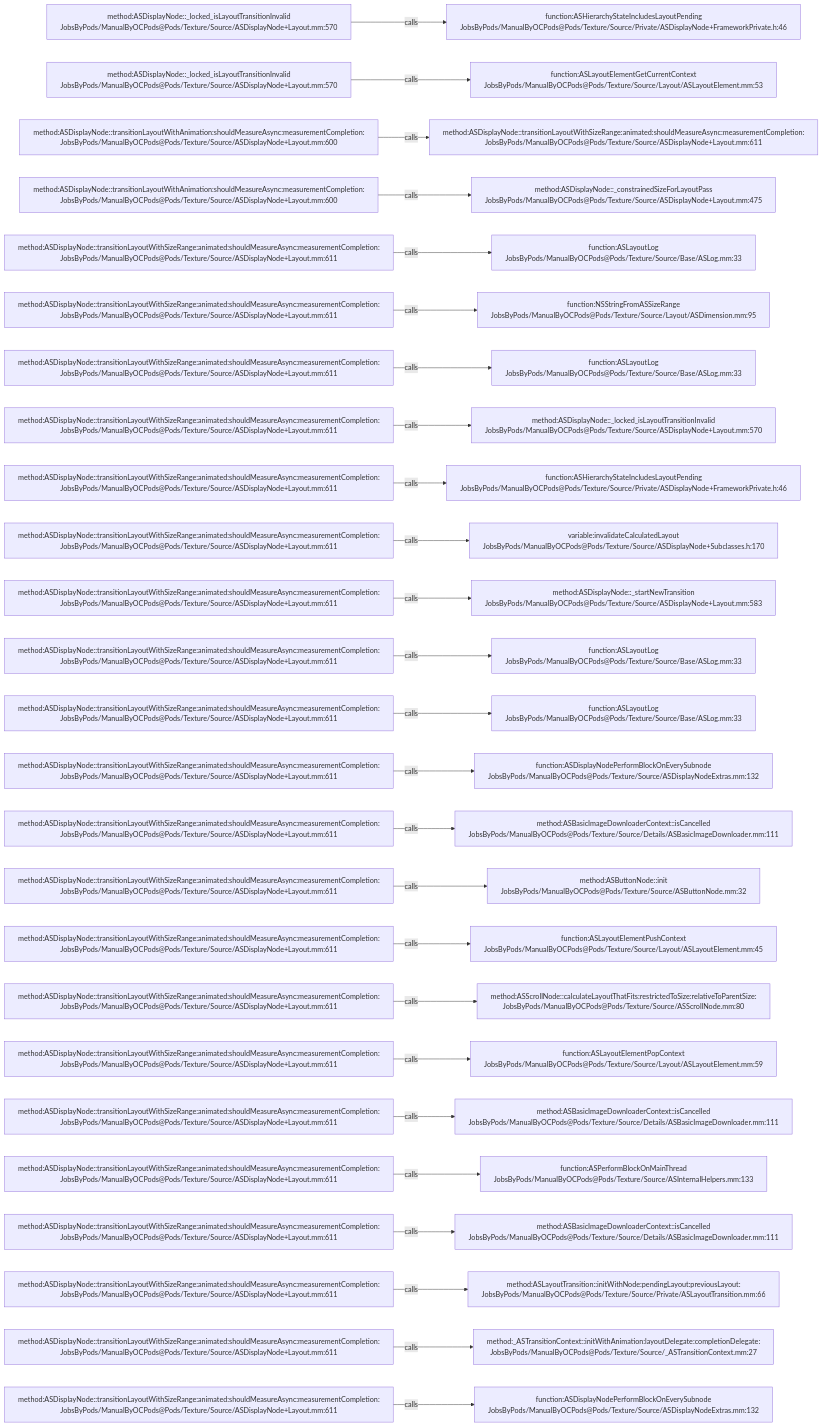
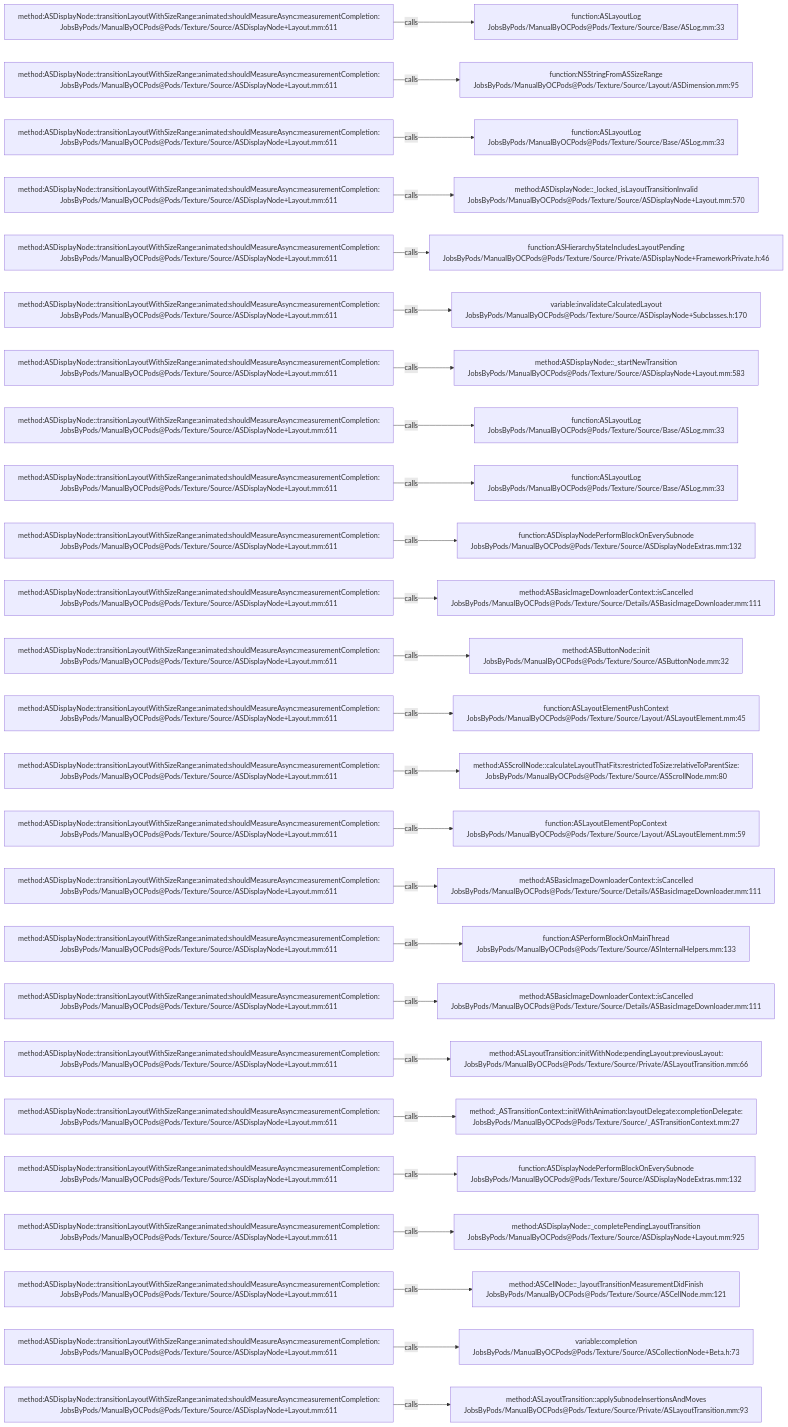
The diagram in .codegraph/codegraph.md/graphs/calls-090.md (JobsKits/JobsOCBaseConfigDemo), drawn with Mermaid before and after one commit. The commit also changed 727 other files, not shown here.

````diff
--- a/.codegraph/codegraph.md/graphs/calls-090.md
+++ b/.codegraph/codegraph.md/graphs/calls-090.md
@@ -13,78 +13,78 @@
 ```mermaid
 flowchart LR
-  S1["method:ASDisplayNode::_locked_isLayoutTransitionInvalid<br/>JobsByPods/ManualByOCPods@Pods/Texture/Source/ASDisplayNode+Layout.mm:570"]
-  T1["function:ASHierarchyStateIncludesLayoutPending<br/>JobsByPods/ManualByOCPods@Pods/Texture/Source/Private/ASDisplayNode+FrameworkPrivate.h:46"]
+  S1["method:ASDisplayNode::transitionLayoutWithSizeRange:animated:shouldMeasureAsync:measurementCompletion:<br/>JobsByPods/ManualByOCPods@Pods/Texture/Source/ASDisplayNode+Layout.mm:611"]
+  T1["function:ASLayoutLog<br/>JobsByPods/ManualByOCPods@Pods/Texture/Source/Base/ASLog.mm:33"]
   S1 -->|calls| T1
-  S2["method:ASDisplayNode::_locked_isLayoutTransitionInvalid<br/>JobsByPods/ManualByOCPods@Pods/Texture/Source/ASDisplayNode+Layout.mm:570"]
-  T2["function:ASLayoutElementGetCurrentContext<br/>JobsByPods/ManualByOCPods@Pods/Texture/Source/Layout/ASLayoutElement.mm:53"]
+  S2["method:ASDisplayNode::transitionLayoutWithSizeRange:animated:shouldMeasureAsync:measurementCompletion:<br/>JobsByPods/ManualByOCPods@Pods/Texture/Source/ASDisplayNode+Layout.mm:611"]
+  T2["function:NSStringFromASSizeRange<br/>JobsByPods/ManualByOCPods@Pods/Texture/Source/Layout/ASDimension.mm:95"]
   S2 -->|calls| T2
-  S3["method:ASDisplayNode::transitionLayoutWithAnimation:shouldMeasureAsync:measurementCompletion:<br/>JobsByPods/ManualByOCPods@Pods/Texture/Source/ASDisplayNode+Layout.mm:600"]
-  T3["method:ASDisplayNode::transitionLayoutWithSizeRange:animated:shouldMeasureAsync:measurementCompletion:<br/>JobsByPods/ManualByOCPods@Pods/Texture/Source/ASDisplayNode+Layout.mm:611"]
+  S3["method:ASDisplayNode::transitionLayoutWithSizeRange:animated:shouldMeasureAsync:measurementCompletion:<br/>JobsByPods/ManualByOCPods@Pods/Texture/Source/ASDisplayNode+Layout.mm:611"]
+  T3["function:ASLayoutLog<br/>JobsByPods/ManualByOCPods@Pods/Texture/Source/Base/ASLog.mm:33"]
   S3 -->|calls| T3
-  S4["method:ASDisplayNode::transitionLayoutWithAnimation:shouldMeasureAsync:measurementCompletion:<br/>JobsByPods/ManualByOCPods@Pods/Texture/Source/ASDisplayNode+Layout.mm:600"]
-  T4["method:ASDisplayNode::_constrainedSizeForLayoutPass<br/>JobsByPods/ManualByOCPods@Pods/Texture/Source/ASDisplayNode+Layout.mm:475"]
+  S4["method:ASDisplayNode::transitionLayoutWithSizeRange:animated:shouldMeasureAsync:measurementCompletion:<br/>JobsByPods/ManualByOCPods@Pods/Texture/Source/ASDisplayNode+Layout.mm:611"]
+  T4["method:ASDisplayNode::_locked_isLayoutTransitionInvalid<br/>JobsByPods/ManualByOCPods@Pods/Texture/Source/ASDisplayNode+Layout.mm:570"]
   S4 -->|calls| T4
   S5["method:ASDisplayNode::transitionLayoutWithSizeRange:animated:shouldMeasureAsync:measurementCompletion:<br/>JobsByPods/ManualByOCPods@Pods/Texture/Source/ASDisplayNode+Layout.mm:611"]
-  T5["function:ASLayoutLog<br/>JobsByPods/ManualByOCPods@Pods/Texture/Source/Base/ASLog.mm:33"]
+  T5["function:ASHierarchyStateIncludesLayoutPending<br/>JobsByPods/ManualByOCPods@Pods/Texture/Source/Private/ASDisplayNode+FrameworkPrivate.h:46"]
   S5 -->|calls| T5
   S6["method:ASDisplayNode::transitionLayoutWithSizeRange:animated:shouldMeasureAsync:measurementCompletion:<br/>JobsByPods/ManualByOCPods@Pods/Texture/Source/ASDisplayNode+Layout.mm:611"]
-  T6["function:NSStringFromASSizeRange<br/>JobsByPods/ManualByOCPods@Pods/Texture/Source/Layout/ASDimension.mm:95"]
+  T6["variable:invalidateCalculatedLayout<br/>JobsByPods/ManualByOCPods@Pods/Texture/Source/ASDisplayNode+Subclasses.h:170"]
   S6 -->|calls| T6
   S7["method:ASDisplayNode::transitionLayoutWithSizeRange:animated:shouldMeasureAsync:measurementCompletion:<br/>JobsByPods/ManualByOCPods@Pods/Texture/Source/ASDisplayNode+Layout.mm:611"]
-  T7["function:ASLayoutLog<br/>JobsByPods/ManualByOCPods@Pods/Texture/Source/Base/ASLog.mm:33"]
+  T7["method:ASDisplayNode::_startNewTransition<br/>JobsByPods/ManualByOCPods@Pods/Texture/Source/ASDisplayNode+Layout.mm:583"]
   S7 -->|calls| T7
   S8["method:ASDisplayNode::transitionLayoutWithSizeRange:animated:shouldMeasureAsync:measurementCompletion:<br/>JobsByPods/ManualByOCPods@Pods/Texture/Source/ASDisplayNode+Layout.mm:611"]
-  T8["method:ASDisplayNode::_locked_isLayoutTransitionInvalid<br/>JobsByPods/ManualByOCPods@Pods/Texture/Source/ASDisplayNode+Layout.mm:570"]
+  T8["function:ASLayoutLog<br/>JobsByPods/ManualByOCPods@Pods/Texture/Source/Base/ASLog.mm:33"]
   S8 -->|calls| T8
   S9["method:ASDisplayNode::transitionLayoutWithSizeRange:animated:shouldMeasureAsync:measurementCompletion:<br/>JobsByPods/ManualByOCPods@Pods/Texture/Source/ASDisplayNode+Layout.mm:611"]
-  T9["function:ASHierarchyStateIncludesLayoutPending<br/>JobsByPods/ManualByOCPods@Pods/Texture/Source/Private/ASDisplayNode+FrameworkPrivate.h:46"]
+  T9["function:ASLayoutLog<br/>JobsByPods/ManualByOCPods@Pods/Texture/Source/Base/ASLog.mm:33"]
   S9 -->|calls| T9
   S10["method:ASDisplayNode::transitionLayoutWithSizeRange:animated:shouldMeasureAsync:measurementCompletion:<br/>JobsByPods/ManualByOCPods@Pods/Texture/Source/ASDisplayNode+Layout.mm:611"]
-  T10["variable:invalidateCalculatedLayout<br/>JobsByPods/ManualByOCPods@Pods/Texture/Source/ASDisplayNode+Subclasses.h:170"]
+  T10["function:ASDisplayNodePerformBlockOnEverySubnode<br/>JobsByPods/ManualByOCPods@Pods/Texture/Source/ASDisplayNodeExtras.mm:132"]
   S10 -->|calls| T10
   S11["method:ASDisplayNode::transitionLayoutWithSizeRange:animated:shouldMeasureAsync:measurementCompletion:<br/>JobsByPods/ManualByOCPods@Pods/Texture/Source/ASDisplayNode+Layout.mm:611"]
-  T11["method:ASDisplayNode::_startNewTransition<br/>JobsByPods/ManualByOCPods@Pods/Texture/Source/ASDisplayNode+Layout.mm:583"]
+  T11["method:ASBasicImageDownloaderContext::isCancelled<br/>JobsByPods/ManualByOCPods@Pods/Texture/Source/Details/ASBasicImageDownloader.mm:111"]
   S11 -->|calls| T11
   S12["method:ASDisplayNode::transitionLayoutWithSizeRange:animated:shouldMeasureAsync:measurementCompletion:<br/>JobsByPods/ManualByOCPods@Pods/Texture/Source/ASDisplayNode+Layout.mm:611"]
-  T12["function:ASLayoutLog<br/>JobsByPods/ManualByOCPods@Pods/Texture/Source/Base/ASLog.mm:33"]
+  T12["method:ASButtonNode::init<br/>JobsByPods/ManualByOCPods@Pods/Texture/Source/ASButtonNode.mm:32"]
   S12 -->|calls| T12
   S13["method:ASDisplayNode::transitionLayoutWithSizeRange:animated:shouldMeasureAsync:measurementCompletion:<br/>JobsByPods/ManualByOCPods@Pods/Texture/Source/ASDisplayNode+Layout.mm:611"]
-  T13["function:ASLayoutLog<br/>JobsByPods/ManualByOCPods@Pods/Texture/Source/Base/ASLog.mm:33"]
+  T13["function:ASLayoutElementPushContext<br/>JobsByPods/ManualByOCPods@Pods/Texture/Source/Layout/ASLayoutElement.mm:45"]
   S13 -->|calls| T13
   S14["method:ASDisplayNode::transitionLayoutWithSizeRange:animated:shouldMeasureAsync:measurementCompletion:<br/>JobsByPods/ManualByOCPods@Pods/Texture/Source/ASDisplayNode+Layout.mm:611"]
-  T14["function:ASDisplayNodePerformBlockOnEverySubnode<br/>JobsByPods/ManualByOCPods@Pods/Texture/Source/ASDisplayNodeExtras.mm:132"]
+  T14["method:ASScrollNode::calculateLayoutThatFits:restrictedToSize:relativeToParentSize:<br/>JobsByPods/ManualByOCPods@Pods/Texture/Source/ASScrollNode.mm:80"]
   S14 -->|calls| T14
   S15["method:ASDisplayNode::transitionLayoutWithSizeRange:animated:shouldMeasureAsync:measurementCompletion:<br/>JobsByPods/ManualByOCPods@Pods/Texture/Source/ASDisplayNode+Layout.mm:611"]
-  T15["method:ASBasicImageDownloaderContext::isCancelled<br/>JobsByPods/ManualByOCPods@Pods/Texture/Source/Details/ASBasicImageDownloader.mm:111"]
+  T15["function:ASLayoutElementPopContext<br/>JobsByPods/ManualByOCPods@Pods/Texture/Source/Layout/ASLayoutElement.mm:59"]
   S15 -->|calls| T15
   S16["method:ASDisplayNode::transitionLayoutWithSizeRange:animated:shouldMeasureAsync:measurementCompletion:<br/>JobsByPods/ManualByOCPods@Pods/Texture/Source/ASDisplayNode+Layout.mm:611"]
-  T16["method:ASButtonNode::init<br/>JobsByPods/ManualByOCPods@Pods/Texture/Source/ASButtonNode.mm:32"]
+  T16["method:ASBasicImageDownloaderContext::isCancelled<br/>JobsByPods/ManualByOCPods@Pods/Texture/Source/Details/ASBasicImageDownloader.mm:111"]
   S16 -->|calls| T16
   S17["method:ASDisplayNode::transitionLayoutWithSizeRange:animated:shouldMeasureAsync:measurementCompletion:<br/>JobsByPods/ManualByOCPods@Pods/Texture/Source/ASDisplayNode+Layout.mm:611"]
-  T17["function:ASLayoutElementPushContext<br/>JobsByPods/ManualByOCPods@Pods/Texture/Source/Layout/ASLayoutElement.mm:45"]
+  T17["function:ASPerformBlockOnMainThread<br/>JobsByPods/ManualByOCPods@Pods/Texture/Source/ASInternalHelpers.mm:133"]
   S17 -->|calls| T17
   S18["method:ASDisplayNode::transitionLayoutWithSizeRange:animated:shouldMeasureAsync:measurementCompletion:<br/>JobsByPods/ManualByOCPods@Pods/Texture/Source/ASDisplayNode+Layout.mm:611"]
-  T18["method:ASScrollNode::calculateLayoutThatFits:restrictedToSize:relativeToParentSize:<br/>JobsByPods/ManualByOCPods@Pods/Texture/Source/ASScrollNode.mm:80"]
+  T18["method:ASBasicImageDownloaderContext::isCancelled<br/>JobsByPods/ManualByOCPods@Pods/Texture/Source/Details/ASBasicImageDownloader.mm:111"]
   S18 -->|calls| T18
   S19["method:ASDisplayNode::transitionLayoutWithSizeRange:animated:shouldMeasureAsync:measurementCompletion:<br/>JobsByPods/ManualByOCPods@Pods/Texture/Source/ASDisplayNode+Layout.mm:611"]
-  T19["function:ASLayoutElementPopContext<br/>JobsByPods/ManualByOCPods@Pods/Texture/Source/Layout/ASLayoutElement.mm:59"]
+  T19["method:ASLayoutTransition::initWithNode:pendingLayout:previousLayout:<br/>JobsByPods/ManualByOCPods@Pods/Texture/Source/Private/ASLayoutTransition.mm:66"]
   S19 -->|calls| T19
   S20["method:ASDisplayNode::transitionLayoutWithSizeRange:animated:shouldMeasureAsync:measurementCompletion:<br/>JobsByPods/ManualByOCPods@Pods/Texture/Source/ASDisplayNode+Layout.mm:611"]
-  T20["method:ASBasicImageDownloaderContext::isCancelled<br/>JobsByPods/ManualByOCPods@Pods/Texture/Source/Details/ASBasicImageDownloader.mm:111"]
+  T20["method:_ASTransitionContext::initWithAnimation:layoutDelegate:completionDelegate:<br/>JobsByPods/ManualByOCPods@Pods/Texture/Source/_ASTransitionContext.mm:27"]
   S20 -->|calls| T20
   S21["method:ASDisplayNode::transitionLayoutWithSizeRange:animated:shouldMeasureAsync:measurementCompletion:<br/>JobsByPods/ManualByOCPods@Pods/Texture/Source/ASDisplayNode+Layout.mm:611"]
-  T21["function:ASPerformBlockOnMainThread<br/>JobsByPods/ManualByOCPods@Pods/Texture/Source/ASInternalHelpers.mm:133"]
+  T21["function:ASDisplayNodePerformBlockOnEverySubnode<br/>JobsByPods/ManualByOCPods@Pods/Texture/Source/ASDisplayNodeExtras.mm:132"]
   S21 -->|calls| T21
   S22["method:ASDisplayNode::transitionLayoutWithSizeRange:animated:shouldMeasureAsync:measurementCompletion:<br/>JobsByPods/ManualByOCPods@Pods/Texture/Source/ASDisplayNode+Layout.mm:611"]
-  T22["method:ASBasicImageDownloaderContext::isCancelled<br/>JobsByPods/ManualByOCPods@Pods/Texture/Source/Details/ASBasicImageDownloader.mm:111"]
+  T22["method:ASDisplayNode::_completePendingLayoutTransition<br/>JobsByPods/ManualByOCPods@Pods/Texture/Source/ASDisplayNode+Layout.mm:925"]
   S22 -->|calls| T22
   S23["method:ASDisplayNode::transitionLayoutWithSizeRange:animated:shouldMeasureAsync:measurementCompletion:<br/>JobsByPods/ManualByOCPods@Pods/Texture/Source/ASDisplayNode+Layout.mm:611"]
-  T23["method:ASLayoutTransition::initWithNode:pendingLayout:previousLayout:<br/>JobsByPods/ManualByOCPods@Pods/Texture/Source/Private/ASLayoutTransition.mm:66"]
+  T23["method:ASCellNode::_layoutTransitionMeasurementDidFinish<br/>JobsByPods/ManualByOCPods@Pods/Texture/Source/ASCellNode.mm:121"]
   S23 -->|calls| T23
   S24["method:ASDisplayNode::transitionLayoutWithSizeRange:animated:shouldMeasureAsync:measurementCompletion:<br/>JobsByPods/ManualByOCPods@Pods/Texture/Source/ASDisplayNode+Layout.mm:611"]
-  T24["method:_ASTransitionContext::initWithAnimation:layoutDelegate:completionDelegate:<br/>JobsByPods/ManualByOCPods@Pods/Texture/Source/_ASTransitionContext.mm:27"]
+  T24["variable:completion<br/>JobsByPods/ManualByOCPods@Pods/Texture/Source/ASCollectionNode+Beta.h:73"]
   S24 -->|calls| T24
   S25["method:ASDisplayNode::transitionLayoutWithSizeRange:animated:shouldMeasureAsync:measurementCompletion:<br/>JobsByPods/ManualByOCPods@Pods/Texture/Source/ASDisplayNode+Layout.mm:611"]
-  T25["function:ASDisplayNodePerformBlockOnEverySubnode<br/>JobsByPods/ManualByOCPods@Pods/Texture/Source/ASDisplayNodeExtras.mm:132"]
+  T25["method:ASLayoutTransition::applySubnodeInsertionsAndMoves<br/>JobsByPods/ManualByOCPods@Pods/Texture/Source/Private/ASLayoutTransition.mm:93"]
   S25 -->|calls| T25
 ```
````
